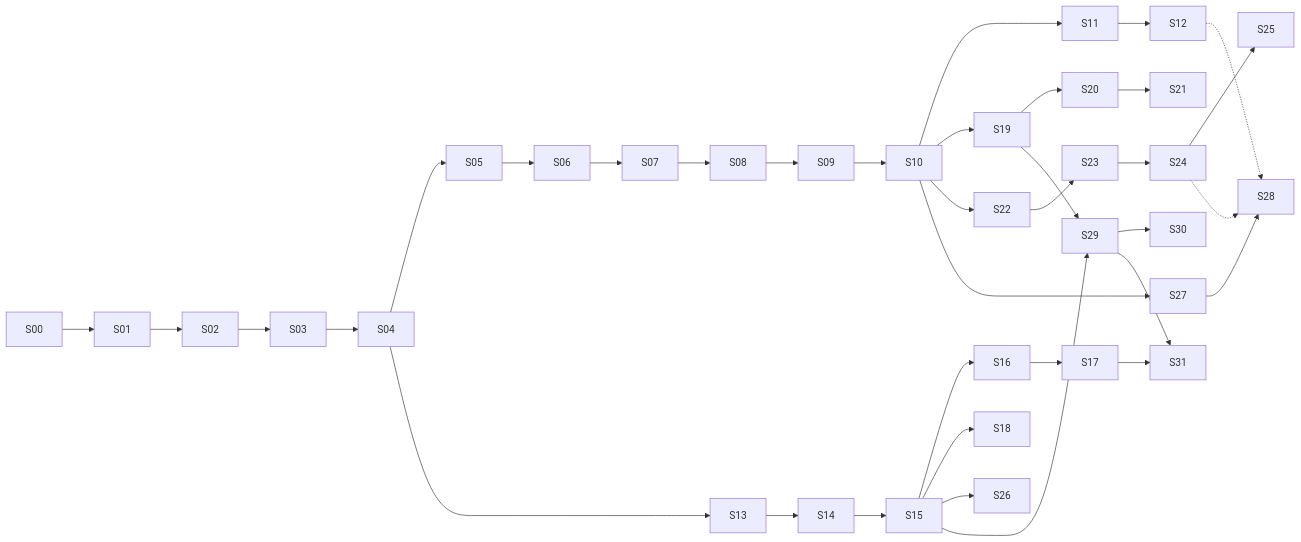
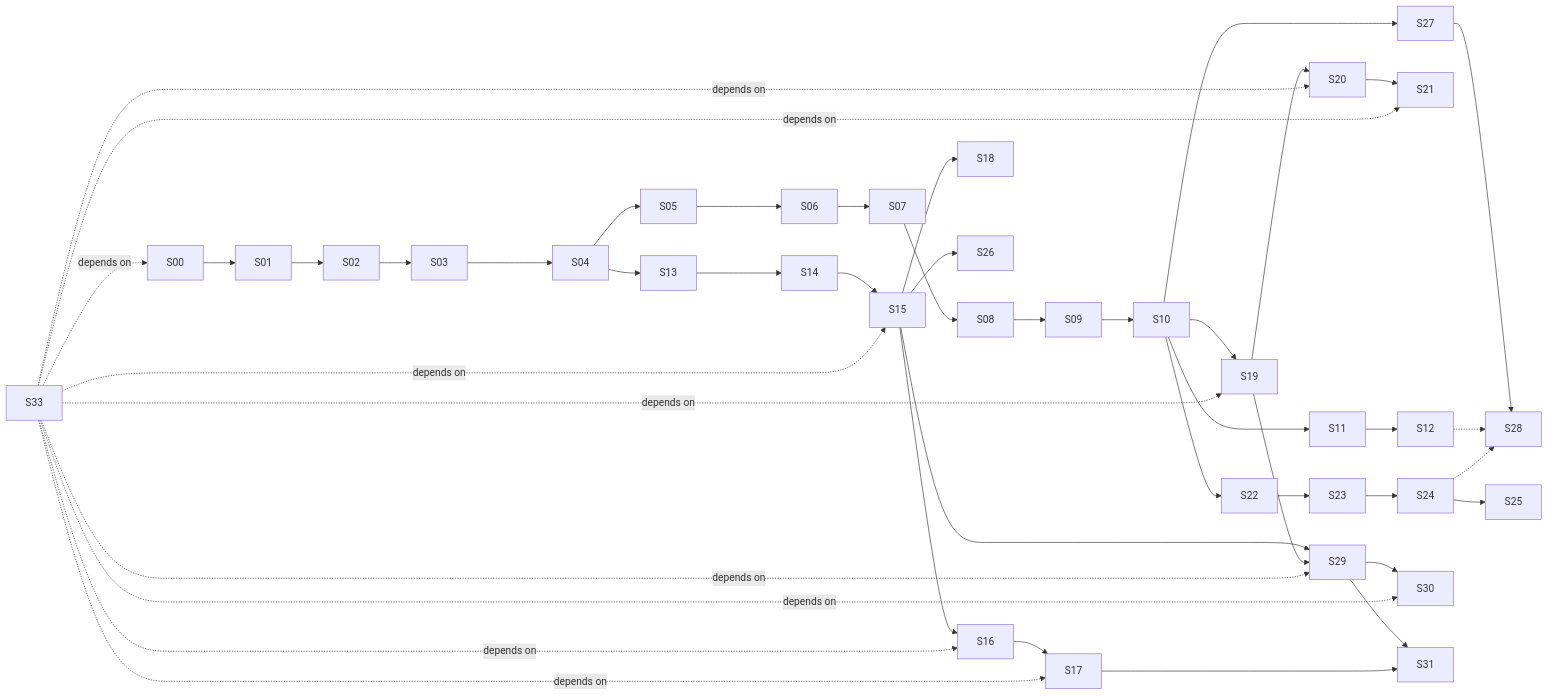
One commit to smitea/bee changed the diagram in docs/stories.md. Above: the diagram before and after it, drawn with Mermaid. The commit also changed other lines of this file and 3 other files, not shown here.

````diff
--- a/docs/stories.md
+++ b/docs/stories.md
@@ -35,22 +35,32 @@
 ```mermaid
 graph LR
     S00 --> S01 --> S02 --> S03 --> S04 --> S05 --> S06 --> S07 --> S08 --> S09 --> S10
 
     S10 --> S11 --> S12
     S04 --> S13 --> S14 --> S15
     S15 --> S16 --> S17
     S15 --> S18
     S15 --> S26
     S10 --> S19 --> S20 --> S21
     S10 --> S22 --> S23 --> S24 --> S25
     S10 --> S27 --> S28
 
     S15 --> S29
     S19 --> S29
     S29 --> S30
     S29 --> S31
     S17 --> S31
 
+    S33 -.depends on.-> S00
+    S33 -.depends on.-> S15
+    S33 -.depends on.-> S16
+    S33 -.depends on.-> S17
+    S33 -.depends on.-> S19
+    S33 -.depends on.-> S20
+    S33 -.depends on.-> S21
+    S33 -.depends on.-> S29
+    S33 -.depends on.-> S30
+
     S12 -.-> S28
     S24 -.-> S28
 ```
````
